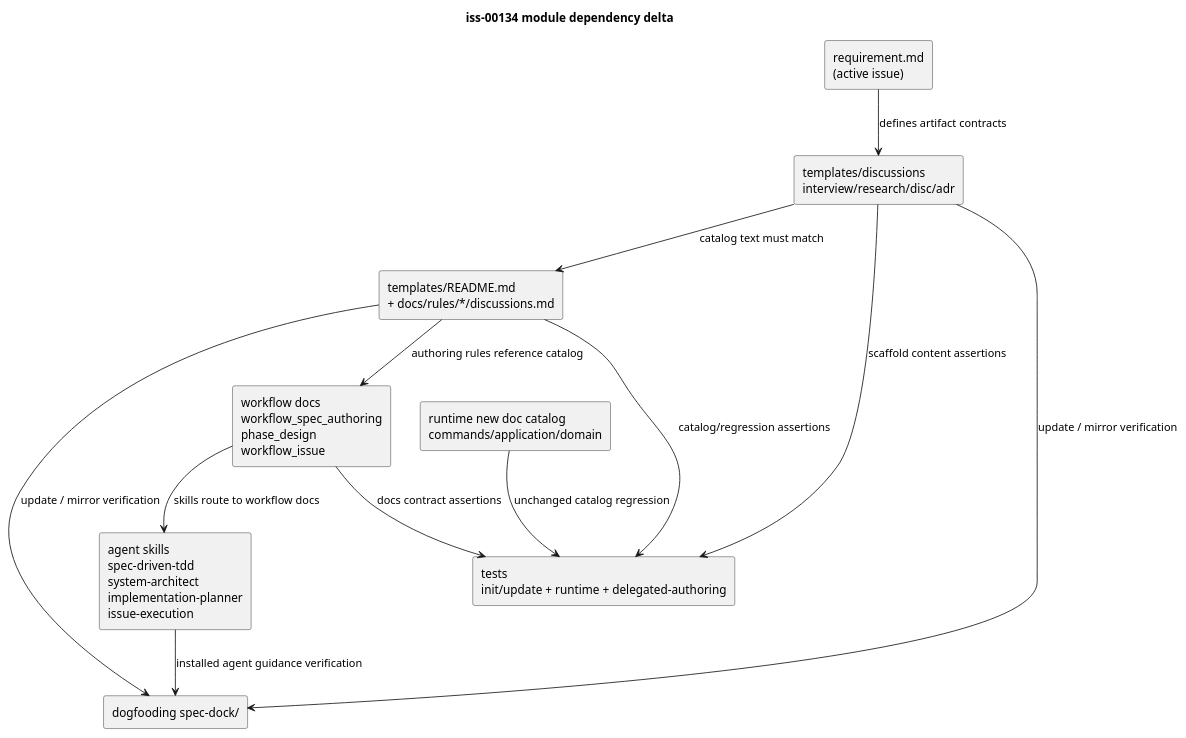
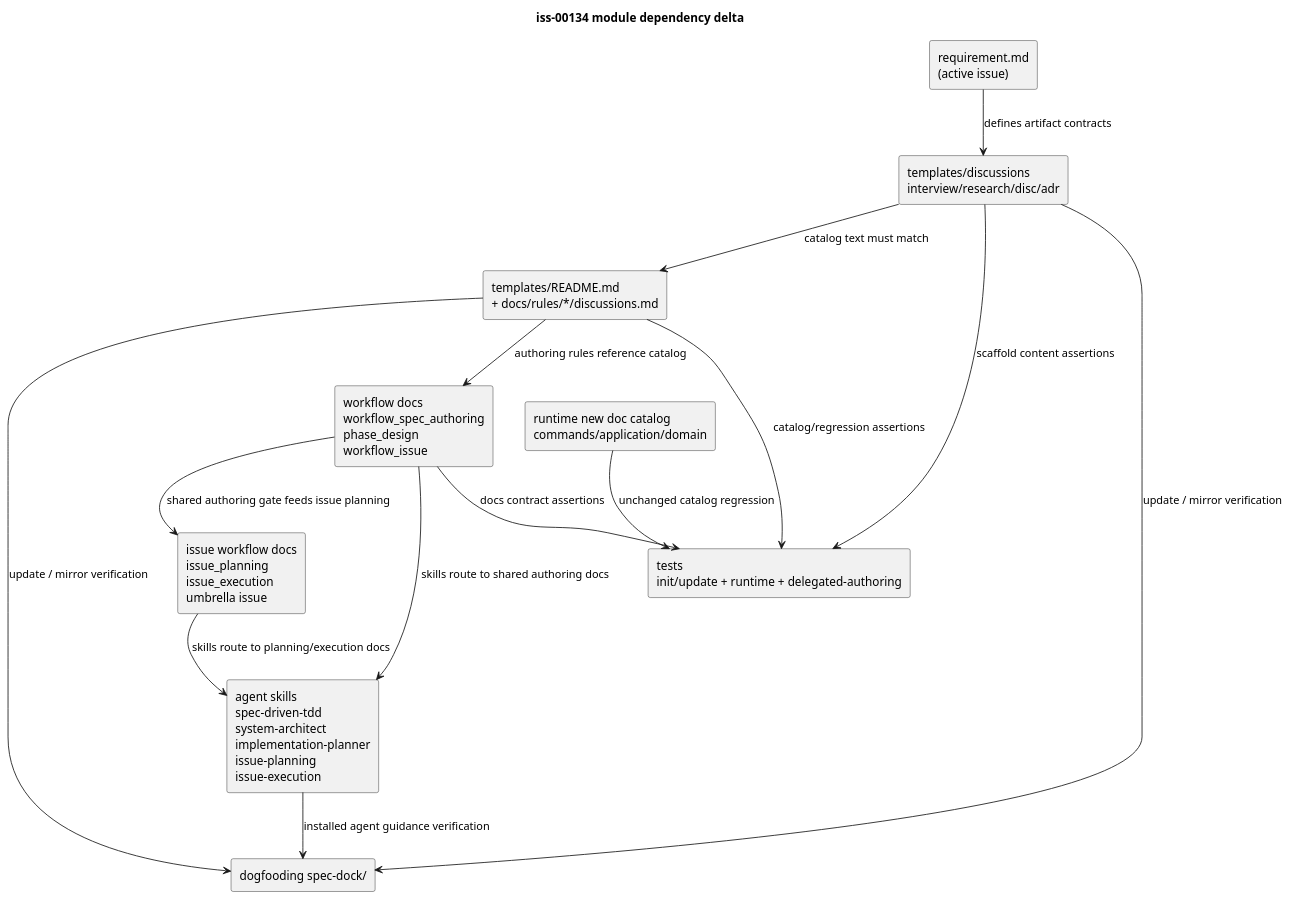
The second of 2 diagrams in spec-dock/initiatives/init-local-00003-architecture-maintenance-and-hardening/epics/epic-00067-installed-layout-aligned-asset-source-structure-for-agent-tooling/issues/iss-00134-matt-pocock-grill-skill-review-patterns/design.md (chemitaro/spec-dock), drawn with PlantUML before and after one commit. The commit also changed other lines of this file and 76 other files, not shown here.

````diff
--- a/spec-dock/initiatives/init-local-00003-architecture-maintenance-and-hardening/epics/epic-00067-installed-layout-aligned-asset-source-structure-for-agent-tooling/issues/iss-00134-matt-pocock-grill-skill-review-patterns/design.md
+++ b/spec-dock/initiatives/init-local-00003-architecture-maintenance-and-hardening/epics/epic-00067-installed-layout-aligned-asset-source-structure-for-agent-tooling/issues/iss-00134-matt-pocock-grill-skill-review-patterns/design.md
@@ -392,32 +447,35 @@
 ```plantuml
 @startuml
 title iss-00134 module dependency delta
 ' Question answered: どの shipped assets が上流で、どこから実装すべきか
 ' Scope: provider-side templates/docs/skills と dogfooding mirror
 ' Excluded details: 全 runtime call graph、全 tests、installer internals
 ' Update trigger: doc type catalog 追加、template 責務変更、skill routing 変更
 
 top to bottom direction
 
 rectangle "requirement.md\n(active issue)" as Req
 rectangle "templates/discussions\ninterview/research/disc/adr" as Templates
 rectangle "templates/README.md\n+ docs/rules/*/discussions.md" as CatalogDocs
 rectangle "workflow docs\nworkflow_spec_authoring\nphase_design\nworkflow_issue" as WorkflowDocs
-rectangle "agent skills\nspec-driven-tdd\nsystem-architect\nimplementation-planner\nissue-execution" as Skills
+rectangle "issue workflow docs\nissue_planning\nissue_execution\numbrella issue" as IssueWorkflowDocs
+rectangle "agent skills\nspec-driven-tdd\nsystem-architect\nimplementation-planner\nissue-planning\nissue-execution" as Skills
 rectangle "runtime new doc catalog\ncommands/application/domain" as Runtime
 rectangle "tests\ninit/update + runtime + delegated-authoring" as Tests
 rectangle "dogfooding spec-dock/" as Dogfood
 
 Req --> Templates : defines artifact contracts
 Templates --> CatalogDocs : catalog text must match
 CatalogDocs --> WorkflowDocs : authoring rules reference catalog
-WorkflowDocs --> Skills : skills route to workflow docs
+WorkflowDocs --> IssueWorkflowDocs : shared authoring gate feeds issue planning
+IssueWorkflowDocs --> Skills : skills route to planning/execution docs
+WorkflowDocs --> Skills : skills route to shared authoring docs
 Templates --> Tests : scaffold content assertions
 CatalogDocs --> Tests : catalog/regression assertions
 WorkflowDocs --> Tests : docs contract assertions
 Runtime --> Tests : unchanged catalog regression
 Templates --> Dogfood : update / mirror verification
 CatalogDocs --> Dogfood : update / mirror verification
 Skills --> Dogfood : installed agent guidance verification
 @enduml
 ```
````
